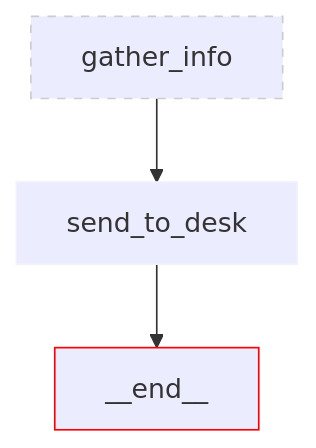
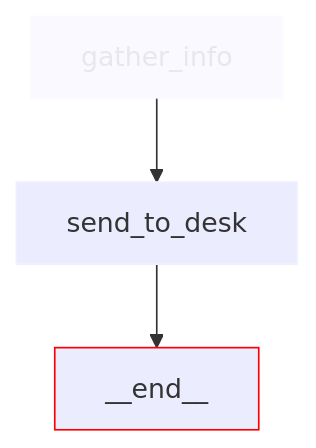
The fifth of 5 diagrams in src/workflows/support_desk/nodes/README.md (dextersjab/agentic-workbench-langgraph), drawn with Mermaid before and after one commit. The commit also changed other lines of this file, not shown here.

````diff
--- a/src/workflows/support_desk/nodes/README.md
+++ b/src/workflows/support_desk/nodes/README.md
@@ -104,12 +104,12 @@
 ```mermaid
 graph TD
     A[gather_info] --> B[send_to_desk]
     B --> C[__end__]
     
     classDef default stroke:#f2f0ff,line-height:1.2
-    classDef context stroke-dasharray: 5 5,stroke:#cccccc,line-height:1.2
+    classDef context opacity:0.3
     classDef last stroke:red
     
     class A context
     class C last
 ```
````
